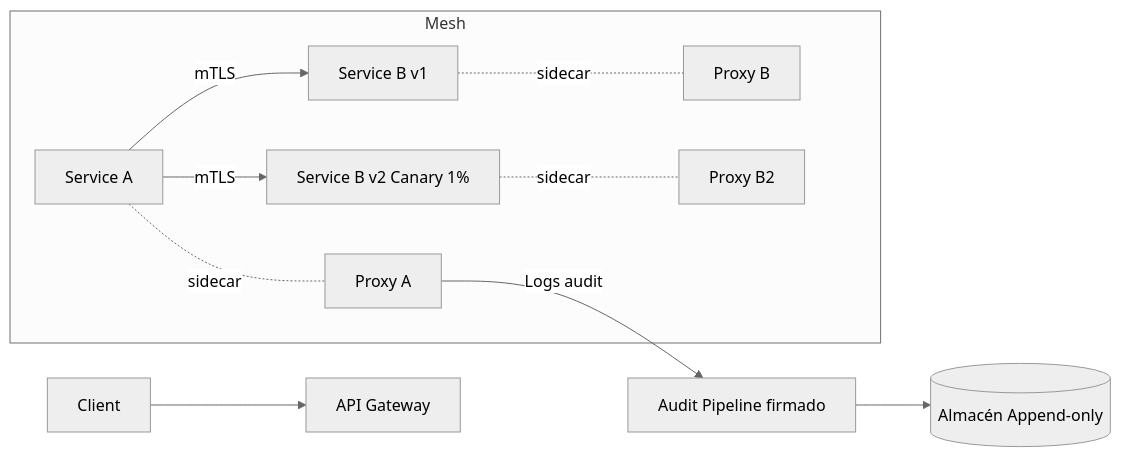
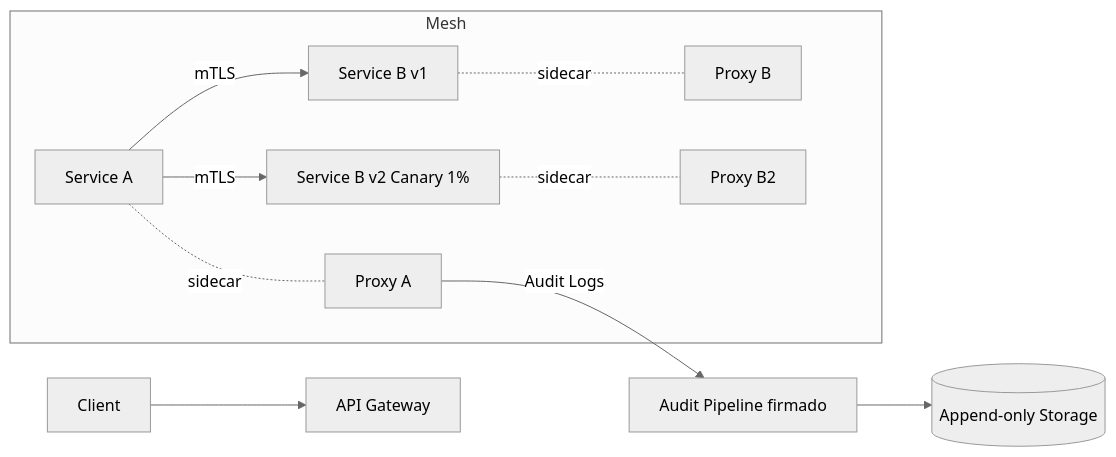
Before and after one commit to sdmorenob/swarch-2025-ii: the fourth of 5 diagrams in laboratories/laboratory_4/jtorresle-kgonzalezg-jacarrilloc/README.md, drawn with Mermaid (neutral theme). The commit also changed other lines of this file, not shown here.

````diff
--- a/laboratories/laboratory_4/jtorresle-kgonzalezg-jacarrilloc/README.md
+++ b/laboratories/laboratory_4/jtorresle-kgonzalezg-jacarrilloc/README.md
@@ -217,13 +220,13 @@
 ```mermaid
 flowchart LR
   Client --> GW[API Gateway]
   subgraph Mesh
     A[Service A]--mTLS-->B[Service B v1]
     A--mTLS-->B2[Service B v2 Canary 1%]
     A-. sidecar .-P1[Proxy A]
     B-. sidecar .-P2[Proxy B]
     B2-. sidecar .-P3[Proxy B2]
   end
-  P1 -->|Logs audit| Pipeline[Audit Pipeline firmado]
-  Pipeline --> Vault[(Almacén Append-only)]
+  P1 -->|Audit Logs| Pipeline[Audit Pipeline firmado]
+  Pipeline --> Vault[(Append-only Storage)]
 ```
````
